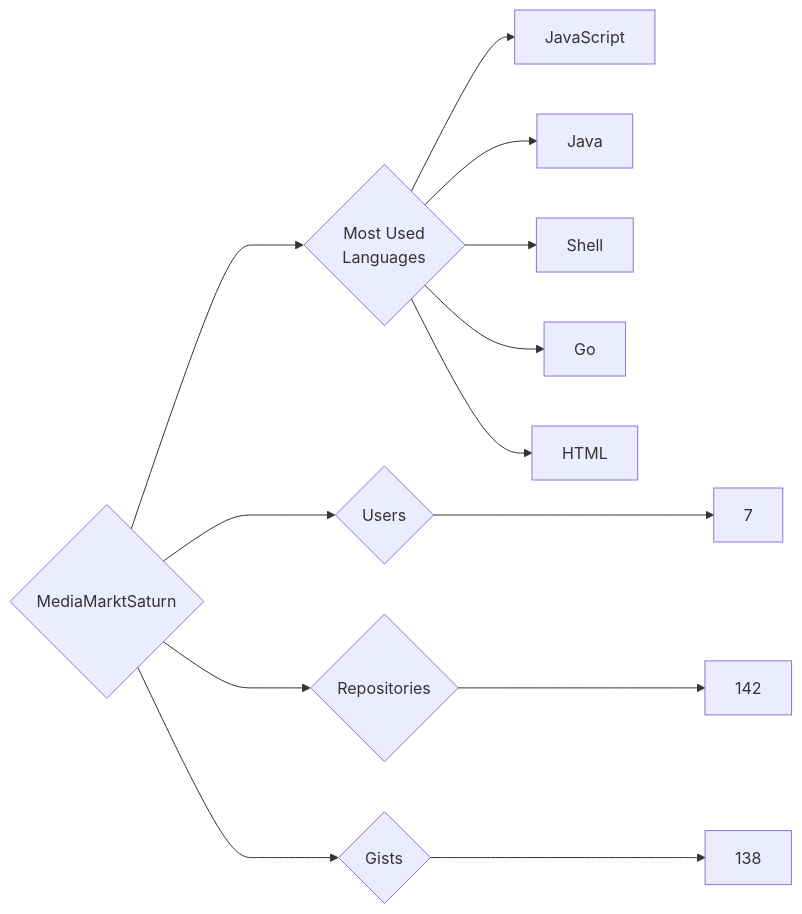
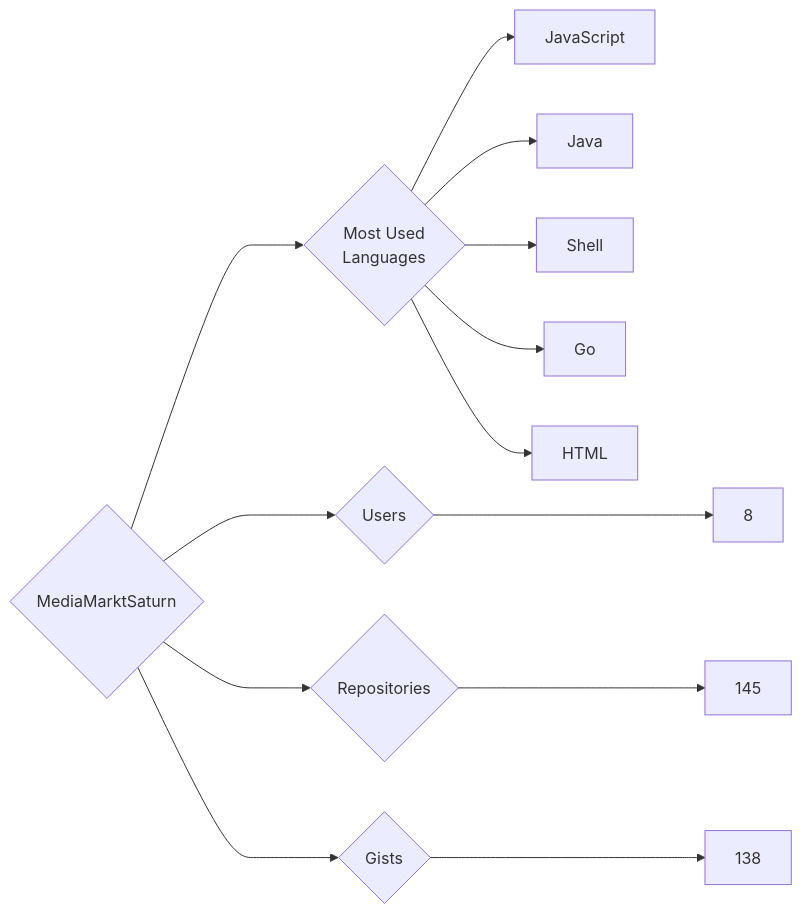
One commit to trickest/insiders changed the diagram in targets/MediaMarktSaturn/README.md. Above: the diagram before and after it, drawn with Mermaid. The commit also changed 948 other files, not shown here.

````diff
--- a/targets/MediaMarktSaturn/README.md
+++ b/targets/MediaMarktSaturn/README.md
@@ -3,13 +3,13 @@
 ```mermaid
 graph LR
 COMPANY_NAME{MediaMarktSaturn}
-COMPANY_NAME ---> U{Users} ---> UN[7]
-COMPANY_NAME ---> R{Repositories} ---> RN[142]
+COMPANY_NAME ---> U{Users} ---> UN[8]
+COMPANY_NAME ---> R{Repositories} ---> RN[145]
 COMPANY_NAME ---> G{Gists} ---> GN[138]
 COMPANY_NAME ---> ML{Most Used<br>Languages}
 ML --> JavaScript[JavaScript]
 ML --> Java[Java]
 ML --> Shell[Shell]
 ML --> Go[Go]
 ML --> HTML[HTML]
 ```
````
